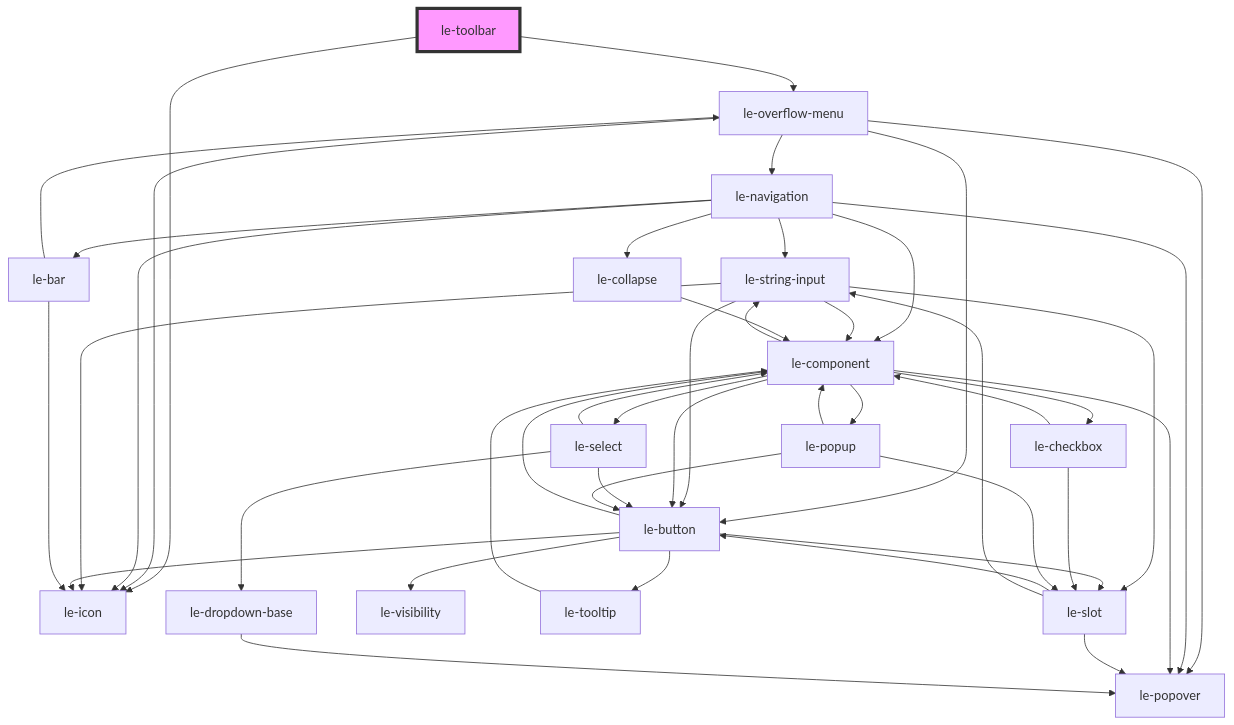
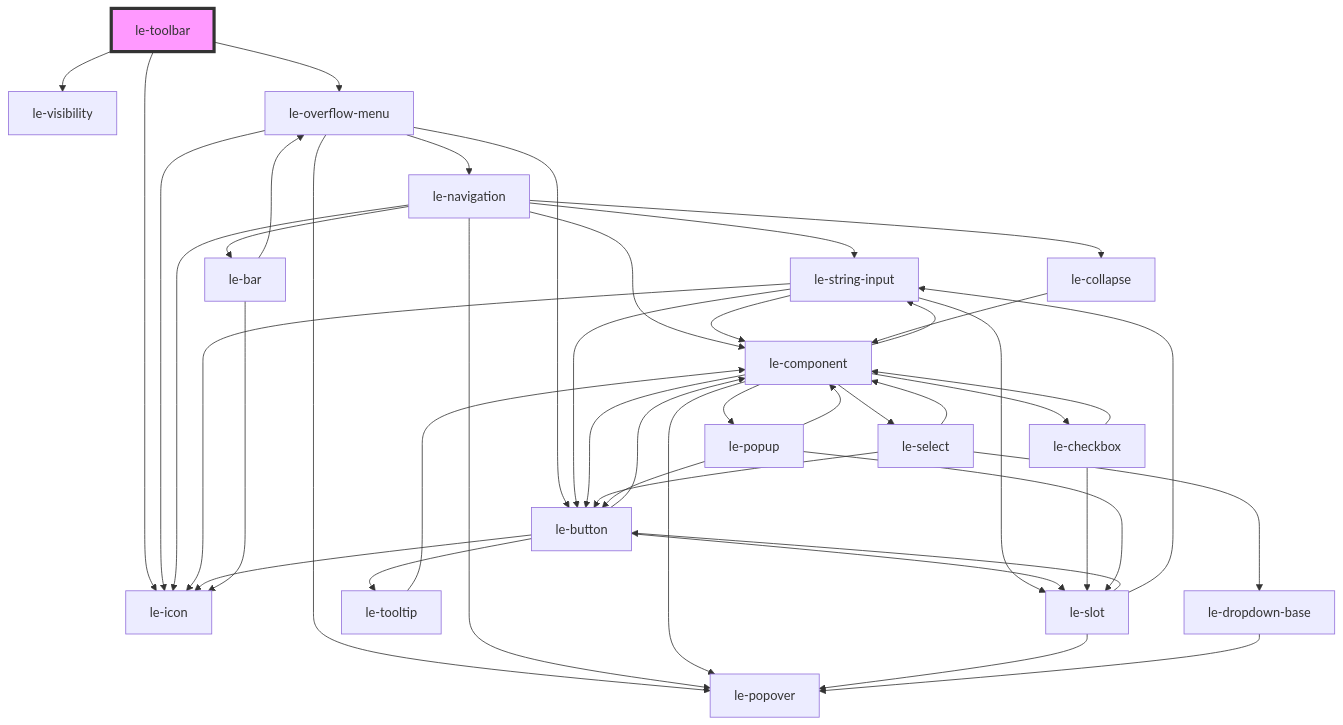
One commit to leechy/le-kit changed the diagram in packages/core/src/components/le-toolbar/readme.md. Above: the diagram before and after it, drawn with Mermaid. The commit also changed other lines of this file and 36 other files, not shown here.

Commit message:
Rebuild with <le-button> missing <le-visibility> (all the readme's are updated)

````diff
--- a/packages/core/src/components/le-toolbar/readme.md
+++ b/packages/core/src/components/le-toolbar/readme.md
@@ -75,47 +78,47 @@
 ```mermaid
 graph TD;
   le-toolbar --> le-icon
+  le-toolbar --> le-visibility
   le-toolbar --> le-overflow-menu
   le-overflow-menu --> le-navigation
   le-overflow-menu --> le-popover
   le-overflow-menu --> le-button
   le-overflow-menu --> le-icon
   le-navigation --> le-string-input
   le-navigation --> le-icon
   le-navigation --> le-collapse
   le-navigation --> le-popover
   le-navigation --> le-bar
   le-navigation --> le-component
   le-string-input --> le-component
   le-string-input --> le-button
   le-string-input --> le-icon
   le-string-input --> le-slot
   le-component --> le-button
   le-component --> le-select
   le-component --> le-checkbox
   le-component --> le-string-input
   le-component --> le-popover
   le-component --> le-popup
   le-button --> le-icon
   le-button --> le-slot
-  le-button --> le-visibility
   le-button --> le-component
   le-button --> le-tooltip
   le-slot --> le-popover
   le-slot --> le-button
   le-slot --> le-string-input
   le-tooltip --> le-component
   le-select --> le-component
   le-select --> le-dropdown-base
   le-select --> le-button
   le-dropdown-base --> le-popover
   le-checkbox --> le-component
   le-checkbox --> le-slot
   le-popup --> le-slot
   le-popup --> le-button
   le-popup --> le-component
   le-collapse --> le-component
   le-bar --> le-icon
   le-bar --> le-overflow-menu
   style le-toolbar fill:#f9f,stroke:#333,stroke-width:4px
 ```
````
